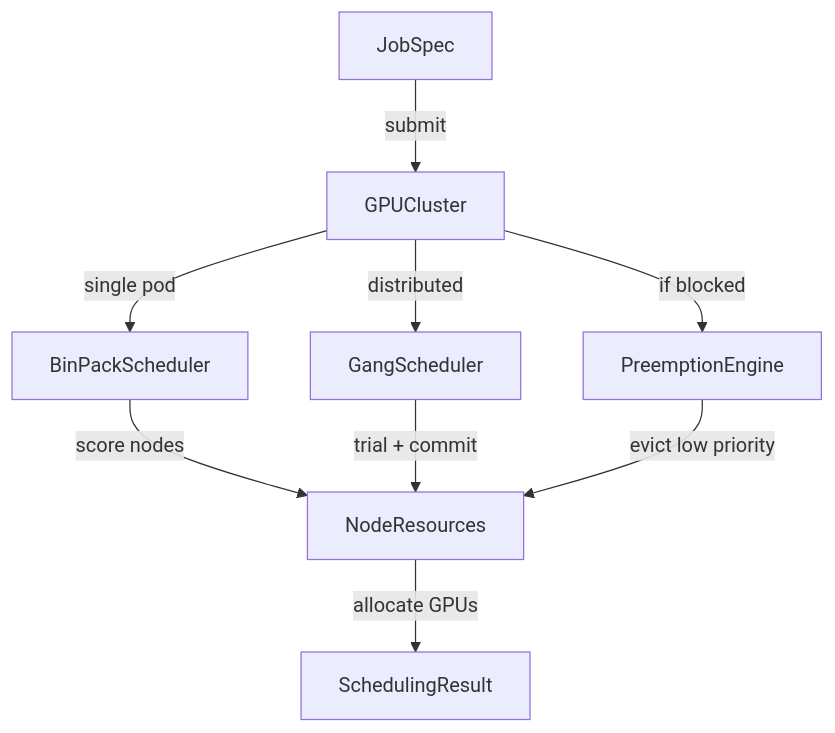
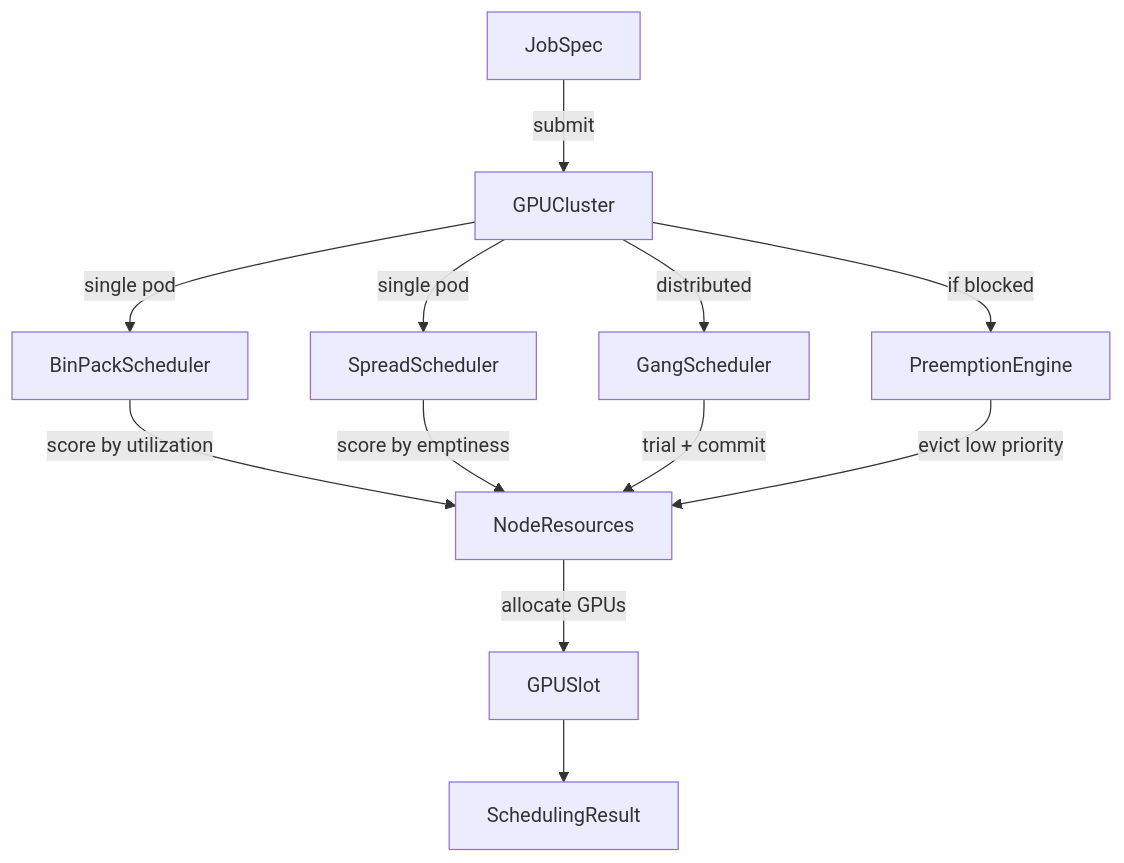
The diagram in README.md (jrajath94/container-gpu-scheduler), drawn with Mermaid before and after one commit. The commit also changed other lines of this file, not shown here.

First line of the commit message:
Update README with real benchmarks, add coverage badge and SpreadScheduler

````diff
--- a/README.md
+++ b/README.md
@@ -15,11 +16,14 @@
 ```mermaid
 graph TD
     J[JobSpec] -->|submit| C[GPUCluster]
     C -->|single pod| BP[BinPackScheduler]
+    C -->|single pod| SP[SpreadScheduler]
     C -->|distributed| GS[GangScheduler]
     C -->|if blocked| PE[PreemptionEngine]
-    BP -->|score nodes| N[NodeResources]
+    BP -->|score by utilization| N[NodeResources]
+    SP -->|score by emptiness| N
     GS -->|trial + commit| N
     PE -->|evict low priority| N
-    N -->|allocate GPUs| R[SchedulingResult]
+    N -->|allocate GPUs| S[GPUSlot]
+    S --> R[SchedulingResult]
 ```
````
